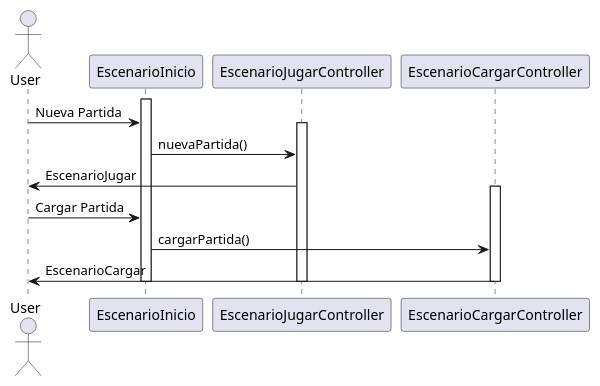
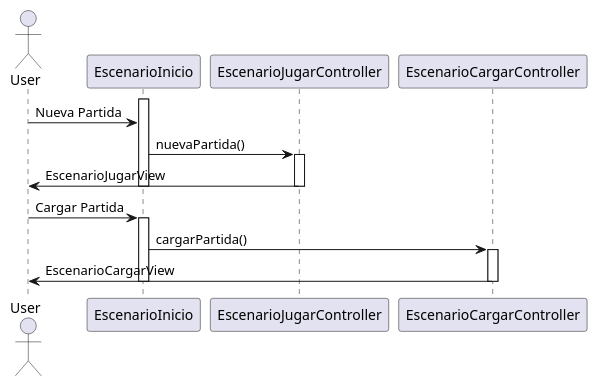
One commit to danielarojast11/PracticaFinal changed the diagram in DiagramasSecuencias/diagramaSecuenciaInicio.puml. Above: the diagram before and after it, drawn with PlantUML. The commit also changed 5 other files, not shown here.

Commit message:
diagramas secuencia

```diff
--- a/DiagramasSecuencias/diagramaSecuenciaInicio.puml
+++ b/DiagramasSecuencias/diagramaSecuenciaInicio.puml
@@ -1,24 +1,28 @@
 @startuml
 'https://plantuml.com/sequence-diagram
 
 actor User
 participant EscenarioInicio
 participant EscenarioJugarController
 participant EscenarioCargarController
 
 activate EscenarioInicio
 User -> EscenarioInicio: Nueva Partida
 
+
+EscenarioInicio -> EscenarioJugarController: nuevaPartida()
 activate EscenarioJugarController
-EscenarioInicio -> EscenarioJugarController: nuevaPartida()
-EscenarioJugarController -> User: EscenarioJugar
+EscenarioJugarController -> User: EscenarioJugarView
+deactivate EscenarioInicio
+deactivate EscenarioJugarController
 
+User -> EscenarioInicio: Cargar Partida
+activate EscenarioInicio
+EscenarioInicio -> EscenarioCargarController: cargarPartida()
 activate EscenarioCargarController
-User -> EscenarioInicio: Cargar Partida
-EscenarioInicio -> EscenarioCargarController: cargarPartida()
-EscenarioCargarController -> User: EscenarioCargar
+EscenarioCargarController -> User: EscenarioCargarView
+deactivate EscenarioCargarController
 
 deactivate EscenarioInicio
 deactivate EscenarioCargarController
-deactivate EscenarioJugarController
 @enduml
```
